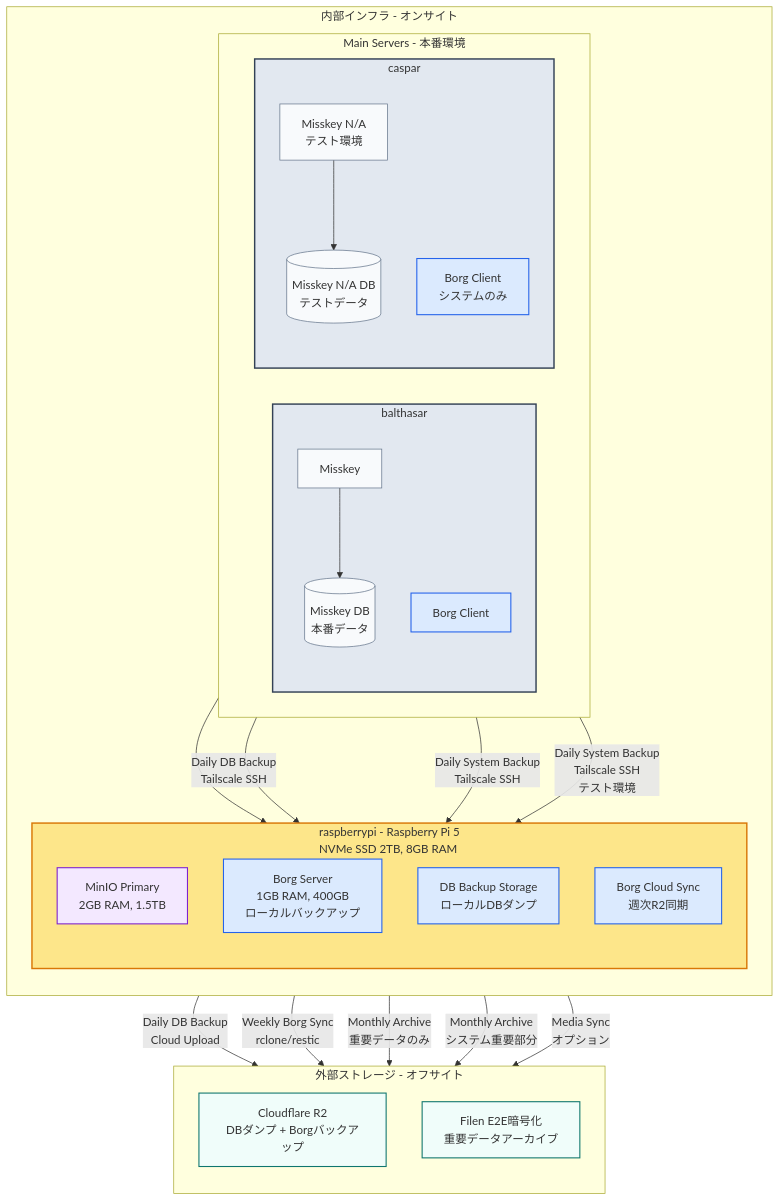
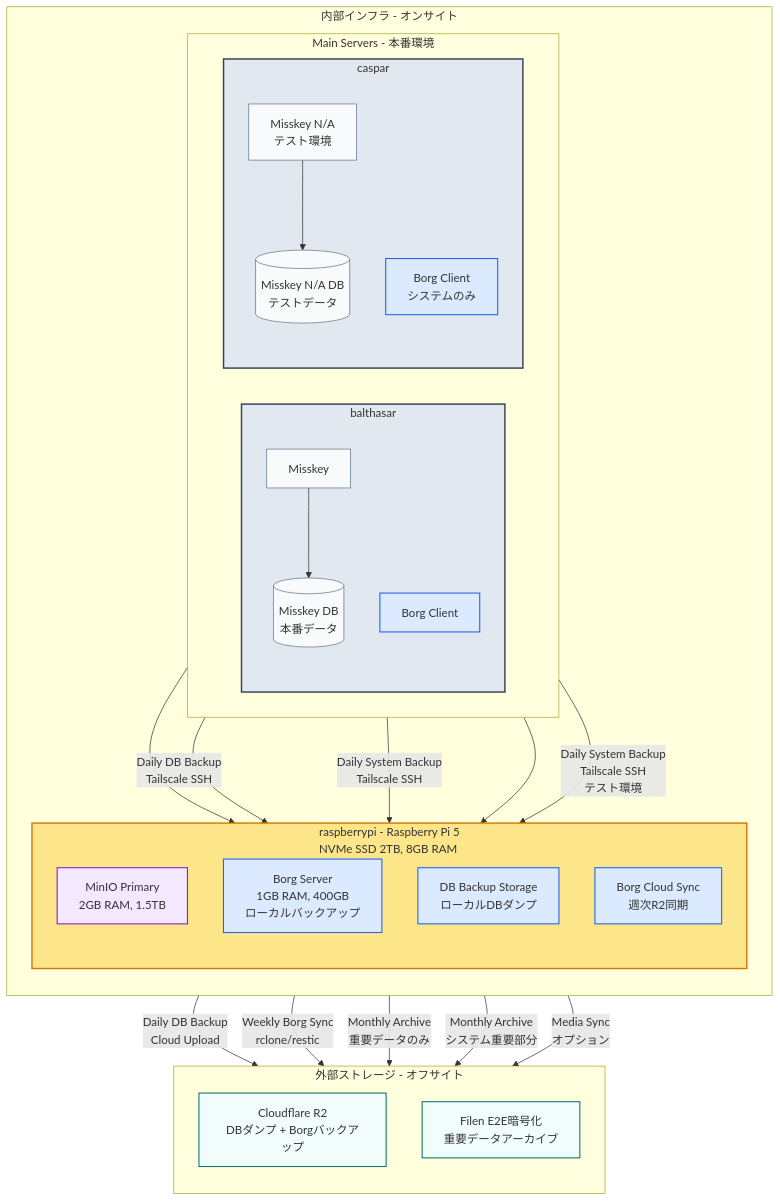
The third of 4 diagrams in README.md (yamisskey-dev/hosted-list), drawn with Mermaid before and after one commit.

```diff
--- a/README.md
+++ b/README.md
@@ -268,6 +268,7 @@
 yamisskey --> yamisskey_db
 yamisskey --> minio_main
 nayamisskey --> nayamisskey_db
+nayamisskey --> minio_main
 
 %% 3-2-1 Database Backup Strategy (本番のみ)
 %% Copy 1: Daily DB dumps to Raspberry Pi (different media - local SSD)
```
